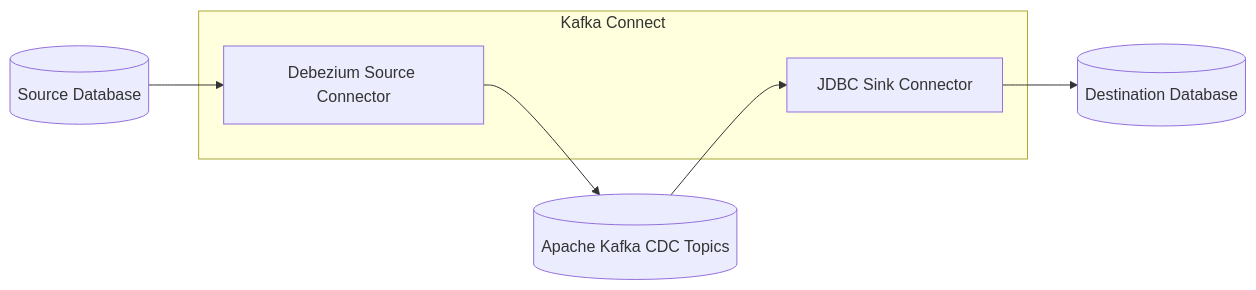
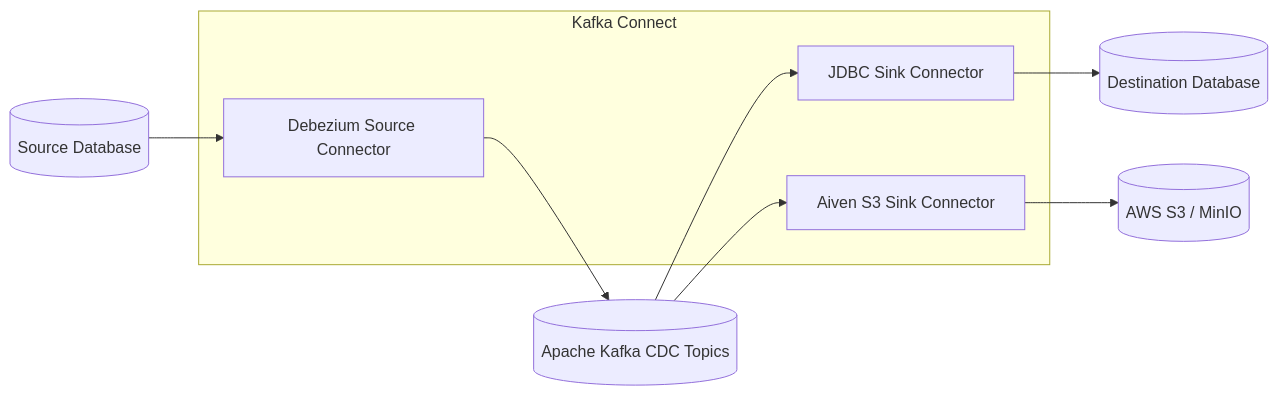
The second of 3 diagrams in docs/architecture/overview.md (cluedata/cluecdc), drawn with Mermaid before and after one commit. The commit also changed other lines of this file and 161 other files, not shown here.

````diff
--- a/docs/architecture/overview.md
+++ b/docs/architecture/overview.md
@@ -41,17 +46,21 @@
 ```mermaid
 flowchart LR
     Source[(Source Database)]
 
     subgraph ConnectCluster[Kafka Connect]
         DBZ[Debezium Source Connector]
         Sink[JDBC Sink Connector]
+        S3Sink[Aiven S3 Sink Connector]
     end
 
     Kafka[(Apache Kafka CDC Topics)]
     Destination[(Destination Database)]
+    Objects[(AWS S3 / MinIO)]
 
     Source --> DBZ
     DBZ --> Kafka
     Kafka --> Sink
     Sink --> Destination
+    Kafka --> S3Sink
+    S3Sink --> Objects
 ```
````
